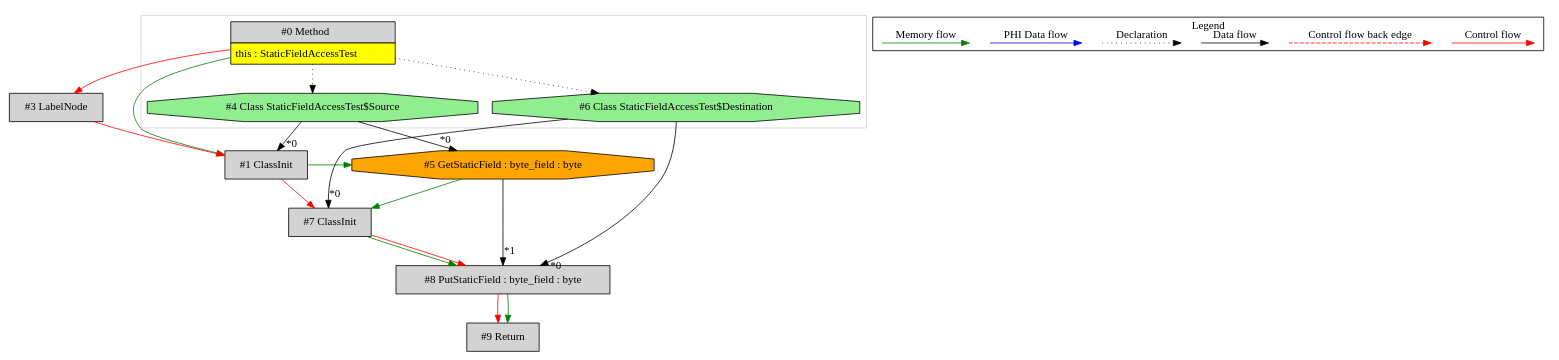
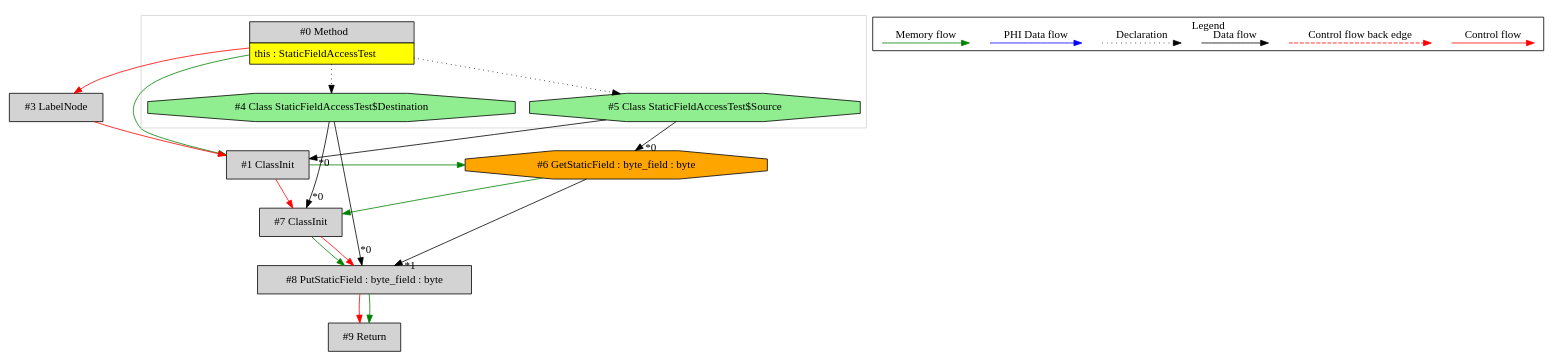
The diagram in de.mirkosertic.metair.ir.examples.StaticFieldAccessTest/copy_byte/ir.dot (mirkosertic/MetaIR), drawn with Graphviz before and after one commit. The commit also changed 167 other files, not shown here.

```diff
--- a/de.mirkosertic.metair.ir.examples.StaticFieldAccessTest/copy_byte/ir.dot
+++ b/de.mirkosertic.metair.ir.examples.StaticFieldAccessTest/copy_byte/ir.dot
@@ -1,60 +1,60 @@
 digraph {
  node0[margin="0", label=<<table border="0" cellborder="1" cellspacing="0" cellpadding="5"><tr><td colspan="1">#0 Method</td></tr><tr><td port="prj2" bgcolor="yellow">this : StaticFieldAccessTest</td></tr></table>>,shape=none, fillcolor=lightgrey, style=filled];
  node1[label="#1 ClassInit",shape=box, fillcolor=lightgrey, style=filled];
- node4 -> node1[headlabel="*0", labeldistance=2];
+ node5 -> node1[headlabel="*0", labeldistance=2];
  node0 -> node1[labeldistance=2, color=green, constraint=false];
  node3 -> node1[labeldistance=2, color=red, fontcolor=red];
  node3[label="#3 LabelNode",shape=box, fillcolor=lightgrey, style=filled];
  node0 -> node3[labeldistance=2, color=red, fontcolor=red];
- node4[label="#4 Class StaticFieldAccessTest$Source",shape=octagon, fillcolor=lightgreen, style=filled];
+ node5[label="#5 Class StaticFieldAccessTest$Source",shape=octagon, fillcolor=lightgreen, style=filled];
+ node0 -> node5[style=dotted];
+ node6[label="#6 GetStaticField : byte_field : byte",shape=octagon, fillcolor=orange, style=filled];
+ node5 -> node6[headlabel="*0", labeldistance=2];
+ node1 -> node6[labeldistance=2, color=green, constraint=false];
+ node7[label="#7 ClassInit",shape=box, fillcolor=lightgrey, style=filled];
+ node4 -> node7[headlabel="*0", labeldistance=2];
+ node6 -> node7[labeldistance=2, color=green, constraint=false];
+ node1 -> node7[labeldistance=2, color=red, fontcolor=red];
+ node4[label="#4 Class StaticFieldAccessTest$Destination",shape=octagon, fillcolor=lightgreen, style=filled];
  node0 -> node4[style=dotted];
- node5[label="#5 GetStaticField : byte_field : byte",shape=octagon, fillcolor=orange, style=filled];
- node4 -> node5[headlabel="*0", labeldistance=2];
- node1 -> node5[labeldistance=2, color=green, constraint=false];
  node8[label="#8 PutStaticField : byte_field : byte",shape=box, fillcolor=lightgrey, style=filled];
- node6 -> node8[headlabel="*0", labeldistance=2];
- node5 -> node8[headlabel="*1", labeldistance=2];
+ node4 -> node8[headlabel="*0", labeldistance=2];
+ node6 -> node8[headlabel="*1", labeldistance=2];
  node7 -> node8[labeldistance=2, color=green, constraint=false];
  node7 -> node8[labeldistance=2, color=red, fontcolor=red];
- node7[label="#7 ClassInit",shape=box, fillcolor=lightgrey, style=filled];
- node6 -> node7[headlabel="*0", labeldistance=2];
- node5 -> node7[labeldistance=2, color=green, constraint=false];
- node1 -> node7[labeldistance=2, color=red, fontcolor=red];
- node6[label="#6 Class StaticFieldAccessTest$Destination",shape=octagon, fillcolor=lightgreen, style=filled];
- node0 -> node6[style=dotted];
  node9[label="#9 Return",shape=box, fillcolor=lightgrey, style=filled];
  node8 -> node9[labeldistance=2, color=red, fontcolor=red];
  node8 -> node9[labeldistance=2, color=green, constraint=false];
  subgraph cluster_0 {
   color=lightgray;
   node0;
   node4;
-  node6;
+  node5;
  }
  subgraph cluster_000 {
   label = "Legend";
   node [shape=point]
   {
    rank=same;
    c0 [style = invis];
    c1 [style = invis];
    c2 [style = invis];
    c3 [style = invis];
    d0 [style = invis];
    d1 [style = invis];
    d2 [style = invis];
    d3 [style = invis];
    d4 [style = invis];
    d5 [style = invis];
    d6 [style = invis];
    d7 [style = invis];
   }
   c0 -> c1 [label="Control flow", style=solid, color=red]
   c2 -> c3 [label="Control flow back edge", style=dashed, color=red]
   d0 -> d1 [label="Data flow"]
   d2 -> d3 [label="Declaration", style=dotted]
   d4 -> d5 [label="PHI Data flow", color=blue]
   d6 -> d7 [label="Memory flow", color=green]
  }
 
 }
```
